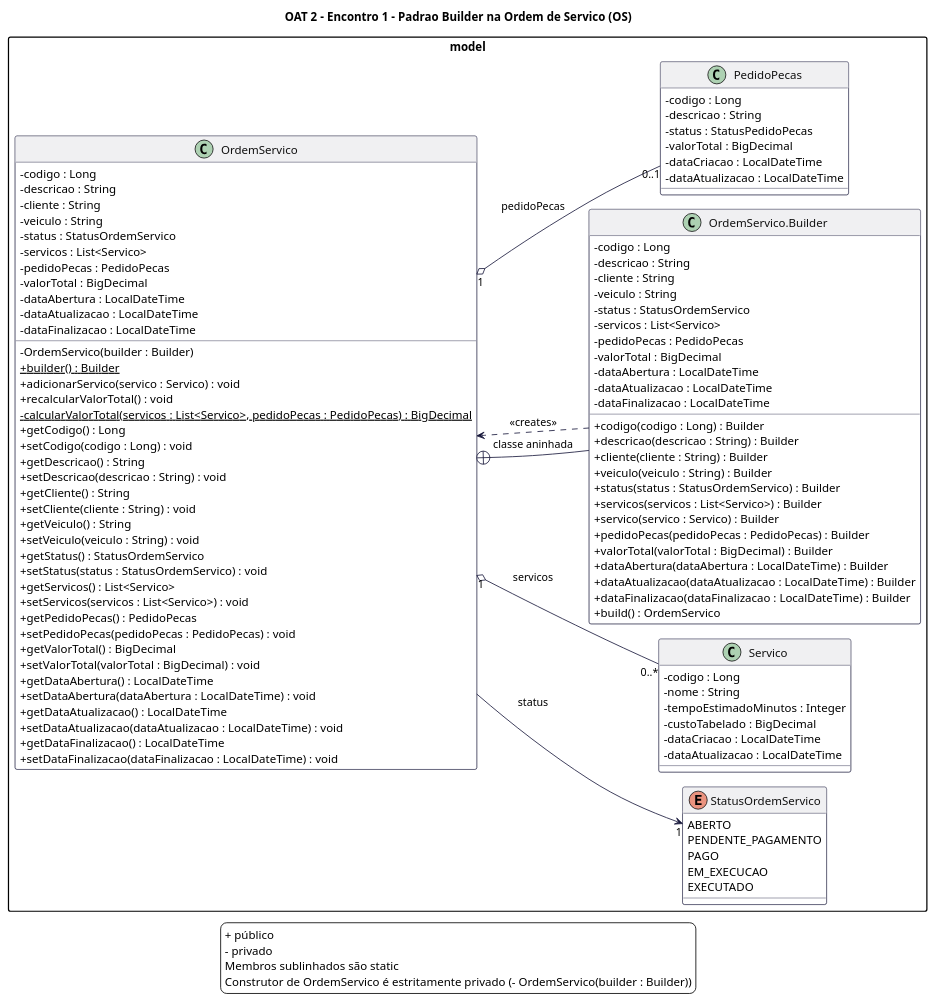
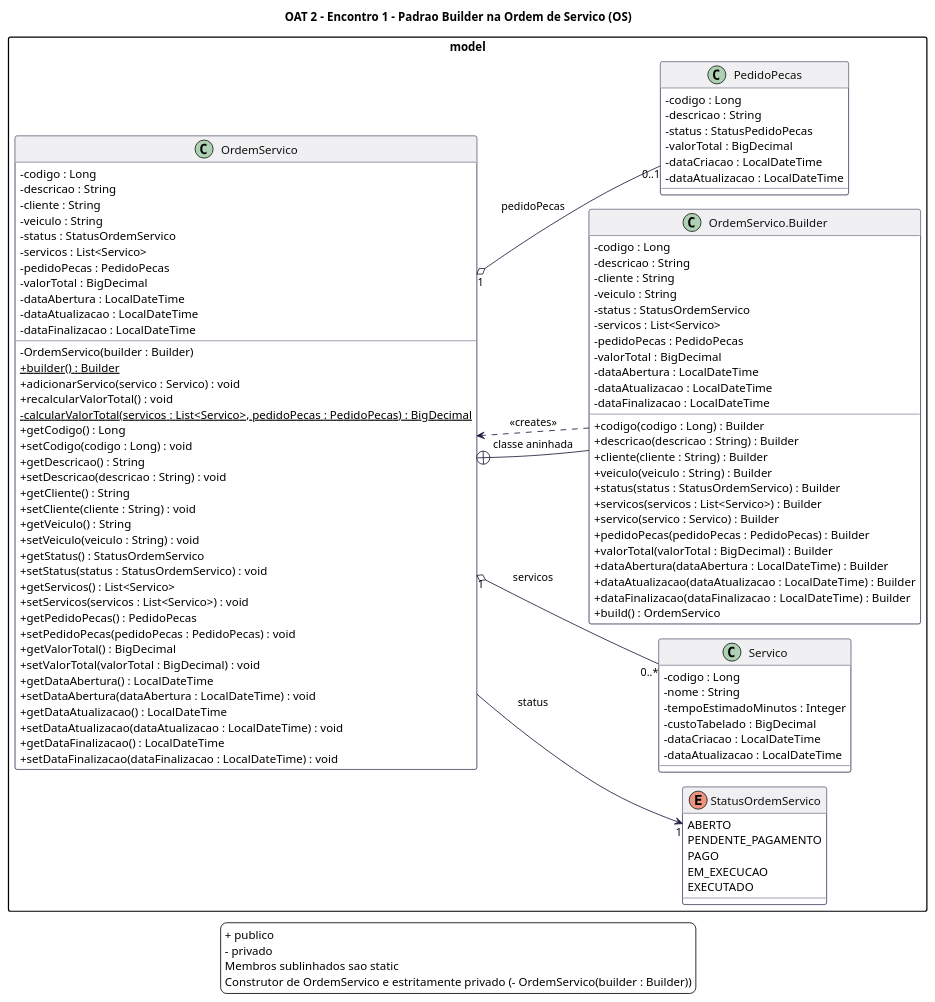
The diagram in docs/diagrama_classes_encontro1_oat2_2026-09-11.puml (Guztaver/mecaniQA-api-rio-de-janeiro), drawn with PlantUML before and after one commit. The commit also changed 2 other files, not shown here.

Commit message:
fix(docs): regenera diagrama de classes da OAT 2 corrigindo renderizacao do PlantUML

```diff
--- a/docs/diagrama_classes_encontro1_oat2_2026-09-11.puml
+++ b/docs/diagrama_classes_encontro1_oat2_2026-09-11.puml
@@ -1,126 +1,126 @@
 @startuml
 !pragma layout smetana
 title OAT 2 - Encontro 1 - Padrao Builder na Ordem de Servico (OS)
 left to right direction
 skinparam backgroundColor white
 skinparam shadowing false
 skinparam classAttributeIconSize 0
 skinparam packageStyle rectangle
 skinparam class {
   BackgroundColor #FFFFFF
   BorderColor #17173A
   ArrowColor #17173A
   FontColor #111111
   HeaderBackgroundColor #F0F0F2
 }
 
 package "model" {
 
   enum StatusOrdemServico {
     ABERTO
     PENDENTE_PAGAMENTO
     PAGO
     EM_EXECUCAO
     EXECUTADO
   }
 
   class OrdemServico {
     - codigo : Long
     - descricao : String
     - cliente : String
     - veiculo : String
     - status : StatusOrdemServico
     - servicos : List<Servico>
     - pedidoPecas : PedidoPecas
     - valorTotal : BigDecimal
     - dataAbertura : LocalDateTime
     - dataAtualizacao : LocalDateTime
     - dataFinalizacao : LocalDateTime
     - OrdemServico(builder : Builder)
     {static} + builder() : Builder
     + adicionarServico(servico : Servico) : void
     + recalcularValorTotal() : void
     {static} - calcularValorTotal(servicos : List<Servico>, pedidoPecas : PedidoPecas) : BigDecimal
     + getCodigo() : Long
     + setCodigo(codigo : Long) : void
     + getDescricao() : String
     + setDescricao(descricao : String) : void
     + getCliente() : String
     + setCliente(cliente : String) : void
     + getVeiculo() : String
     + setVeiculo(veiculo : String) : void
     + getStatus() : StatusOrdemServico
     + setStatus(status : StatusOrdemServico) : void
     + getServicos() : List<Servico>
     + setServicos(servicos : List<Servico>) : void
     + getPedidoPecas() : PedidoPecas
     + setPedidoPecas(pedidoPecas : PedidoPecas) : void
     + getValorTotal() : BigDecimal
     + setValorTotal(valorTotal : BigDecimal) : void
     + getDataAbertura() : LocalDateTime
     + setDataAbertura(dataAbertura : LocalDateTime) : void
     + getDataAtualizacao() : LocalDateTime
     + setDataAtualizacao(dataAtualizacao : LocalDateTime) : void
     + getDataFinalizacao() : LocalDateTime
     + setDataFinalizacao(dataFinalizacao : LocalDateTime) : void
   }
 
   class "OrdemServico.Builder" as Builder {
     - codigo : Long
     - descricao : String
     - cliente : String
     - veiculo : String
     - status : StatusOrdemServico
     - servicos : List<Servico>
     - pedidoPecas : PedidoPecas
     - valorTotal : BigDecimal
     - dataAbertura : LocalDateTime
     - dataAtualizacao : LocalDateTime
     - dataFinalizacao : LocalDateTime
     + codigo(codigo : Long) : Builder
     + descricao(descricao : String) : Builder
     + cliente(cliente : String) : Builder
     + veiculo(veiculo : String) : Builder
     + status(status : StatusOrdemServico) : Builder
     + servicos(servicos : List<Servico>) : Builder
     + servico(servico : Servico) : Builder
     + pedidoPecas(pedidoPecas : PedidoPecas) : Builder
     + valorTotal(valorTotal : BigDecimal) : Builder
     + dataAbertura(dataAbertura : LocalDateTime) : Builder
     + dataAtualizacao(dataAtualizacao : LocalDateTime) : Builder
     + dataFinalizacao(dataFinalizacao : LocalDateTime) : Builder
     + build() : OrdemServico
   }
 
   class Servico {
     - codigo : Long
     - nome : String
     - tempoEstimadoMinutos : Integer
     - custoTabelado : BigDecimal
     - dataCriacao : LocalDateTime
     - dataAtualizacao : LocalDateTime
   }
 
   class PedidoPecas {
     - codigo : Long
     - descricao : String
     - status : StatusPedidoPecas
     - valorTotal : BigDecimal
     - dataCriacao : LocalDateTime
     - dataAtualizacao : LocalDateTime
   }
 }
 
 OrdemServico +-- Builder : classe aninhada
 Builder ..> OrdemServico : <<creates>>
 OrdemServico --> "1" StatusOrdemServico : status
 OrdemServico "1" o-- "0..*" Servico : servicos
 OrdemServico "1" o-- "0..1" PedidoPecas : pedidoPecas
 
 legend bottom
-  + público
+  + publico
   - privado
-  Membros sublinhados são static
-  Construtor de OrdemServico é estritamente privado (- OrdemServico(builder : Builder))
+  Membros sublinhados sao static
+  Construtor de OrdemServico e estritamente privado (- OrdemServico(builder : Builder))
 endlegend
 @enduml
```
